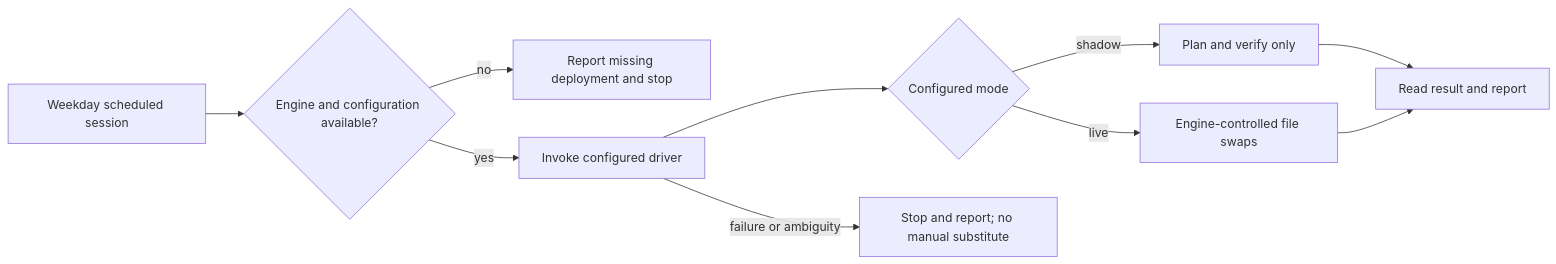
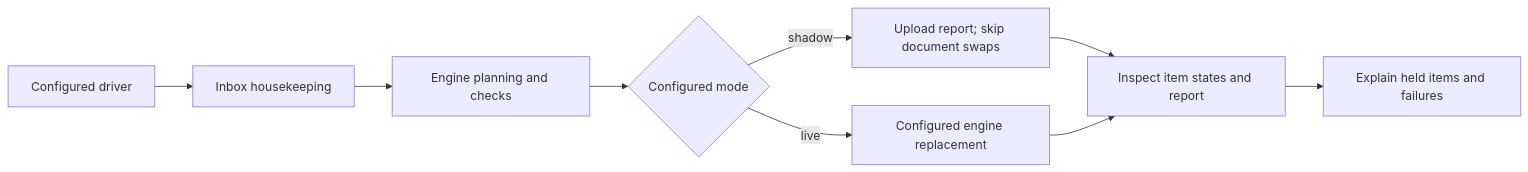
The diagram in docs/case-study/07-etms-document-handoff.md (jackyngtf/autonomous-agent-workflows), drawn with Mermaid before and after one commit. The commit also changed other lines of this file and 30 other files, not shown here.

Commit message:
Document eTMS held shadow run and verified staging diagnosis

````diff
--- a/docs/case-study/07-etms-document-handoff.md
+++ b/docs/case-study/07-etms-document-handoff.md
@@ -13,12 +13,11 @@
 ```mermaid
 flowchart LR
-  S[Weekday scheduled session] --> A{Engine and configuration available?}
-  A -->|no| N[Report missing deployment and stop]
-  A -->|yes| D[Invoke configured driver]
-  D --> M{Configured mode}
-  M -->|shadow| P[Plan and verify only]
-  M -->|live| W[Engine-controlled file swaps]
-  P --> R[Read result and report]
-  W --> R
-  D -->|failure or ambiguity| F[Stop and report; no manual substitute]
+  A[Configured driver] --> H[Inbox housekeeping]
+  H --> P[Engine planning and checks]
+  P --> M{Configured mode}
+  M -->|shadow| R[Upload report; skip document swaps]
+  M -->|live| W[Configured engine replacement]
+  R --> I[Inspect item states and report]
+  W --> I
+  I --> F[Explain held items and failures]
 ```
````
